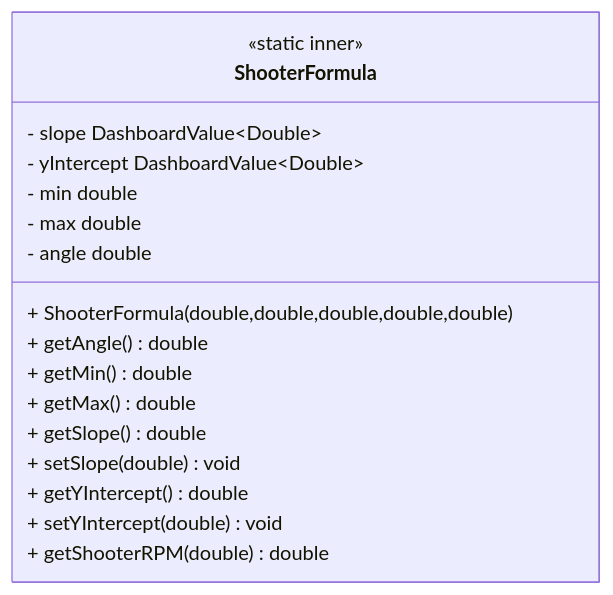
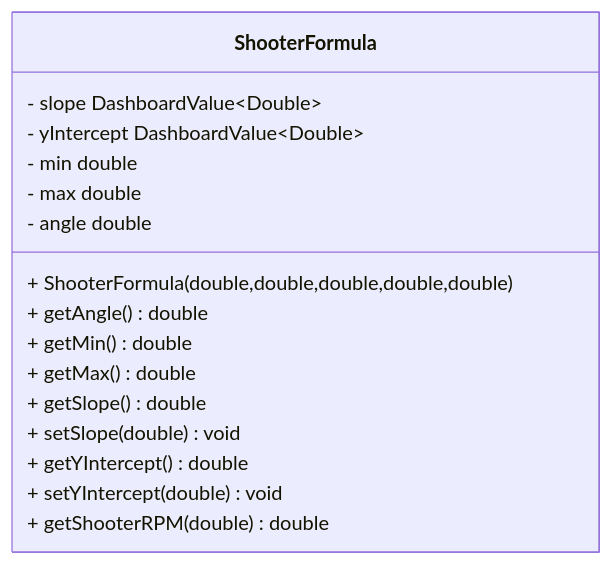
The diagram in src/uml/frc/robot/constants/ShooterFormula.mmd (LakotaRobotics1038/2026RobotProject), drawn with Mermaid before and after one commit. The commit also changed 78 other files, not shown here.

Commit message:
Update uml

```diff
--- a/src/uml/frc/robot/constants/ShooterFormula.mmd
+++ b/src/uml/frc/robot/constants/ShooterFormula.mmd
@@ -1,20 +1,19 @@
 classDiagram
   direction LR
 
   class ShooterFormula {
-    <<static inner>>
     - slope DashboardValue~Double~
     - yIntercept DashboardValue~Double~
     - min double
     - max double
     - angle double
     + ShooterFormula(double,double,double,double,double)
     + getAngle() double
     + getMin() double
     + getMax() double
     + getSlope() double
     + setSlope(double) void
     + getYIntercept() double
     + setYIntercept(double) void
     + getShooterRPM(double) double
   }
```
